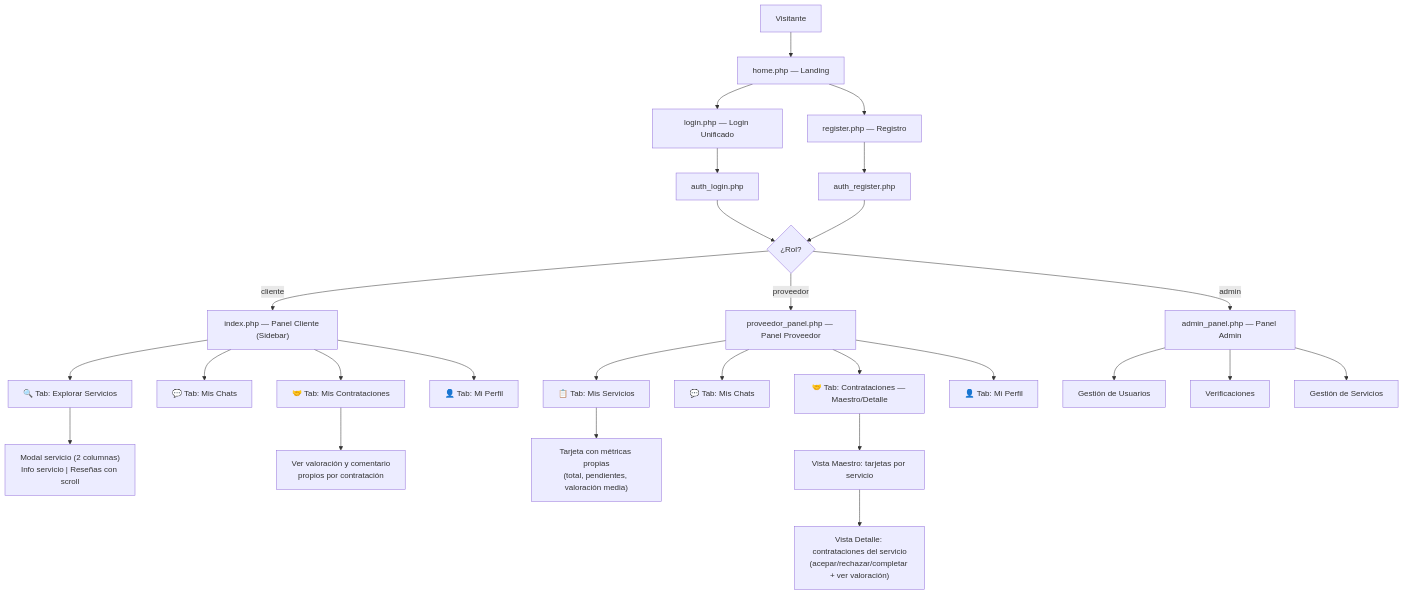
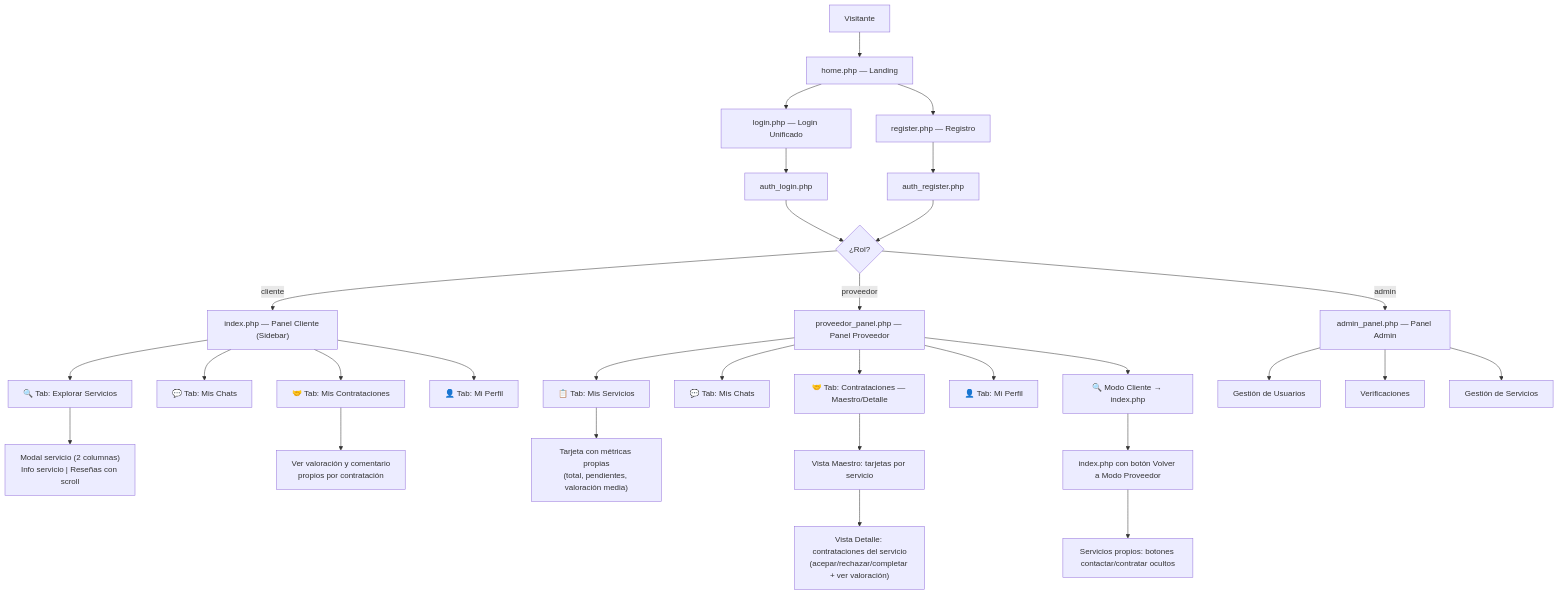
One commit to Hugin-Devs/Proyecto changed the diagram in analisis_sistema_servijob.md. Above: the diagram before and after it, drawn with Mermaid. The commit also changed other lines of this file and 13 other files, not shown here.

````diff
--- a/analisis_sistema_servijob.md
+++ b/analisis_sistema_servijob.md
@@ -144,35 +187,38 @@
 ```mermaid
 flowchart TD
     A[Visitante] --> B[home.php — Landing]
     B --> C[login.php — Login Unificado]
     B --> D[register.php — Registro]
     C --> E[auth_login.php]
     D --> F[auth_register.php]
     E --> G{¿Rol?}
     F --> G
 
     G -->|cliente| H["index.php — Panel Cliente (Sidebar)"]
     G -->|proveedor| I[proveedor_panel.php — Panel Proveedor]
     G -->|admin| J[admin_panel.php — Panel Admin]
 
     H --> H1[🔍 Tab: Explorar Servicios]
     H --> H2[💬 Tab: Mis Chats]
     H --> H3[🤝 Tab: Mis Contrataciones]
     H --> H4[👤 Tab: Mi Perfil]
 
     H1 --> H1a["Modal servicio (2 columnas)\nInfo servicio | Reseñas con scroll"]
     H3 --> H3a["Ver valoración y comentario\npropios por contratación"]
 
     I --> I1[📋 Tab: Mis Servicios]
     I --> I2[💬 Tab: Mis Chats]
     I --> I3[🤝 Tab: Contrataciones — Maestro/Detalle]
     I --> I4[👤 Tab: Mi Perfil]
+    I --> I5["🔍 Modo Cliente → index.php"]
 
     I1 --> I1a["Tarjeta con métricas propias\n(total, pendientes, valoración media)"]
     I3 --> I3a["Vista Maestro: tarjetas por servicio"]
     I3a --> I3b["Vista Detalle: contrataciones del servicio\n(acepar/rechazar/completar + ver valoración)"]
+    I5 --> I5a["index.php con botón Volver a Modo Proveedor"]
+    I5a --> I5b["Servicios propios: botones contactar/contratar ocultos"]
 
     J --> J1[Gestión de Usuarios]
     J --> J2[Verificaciones]
     J --> J3[Gestión de Servicios]
 ```
````
